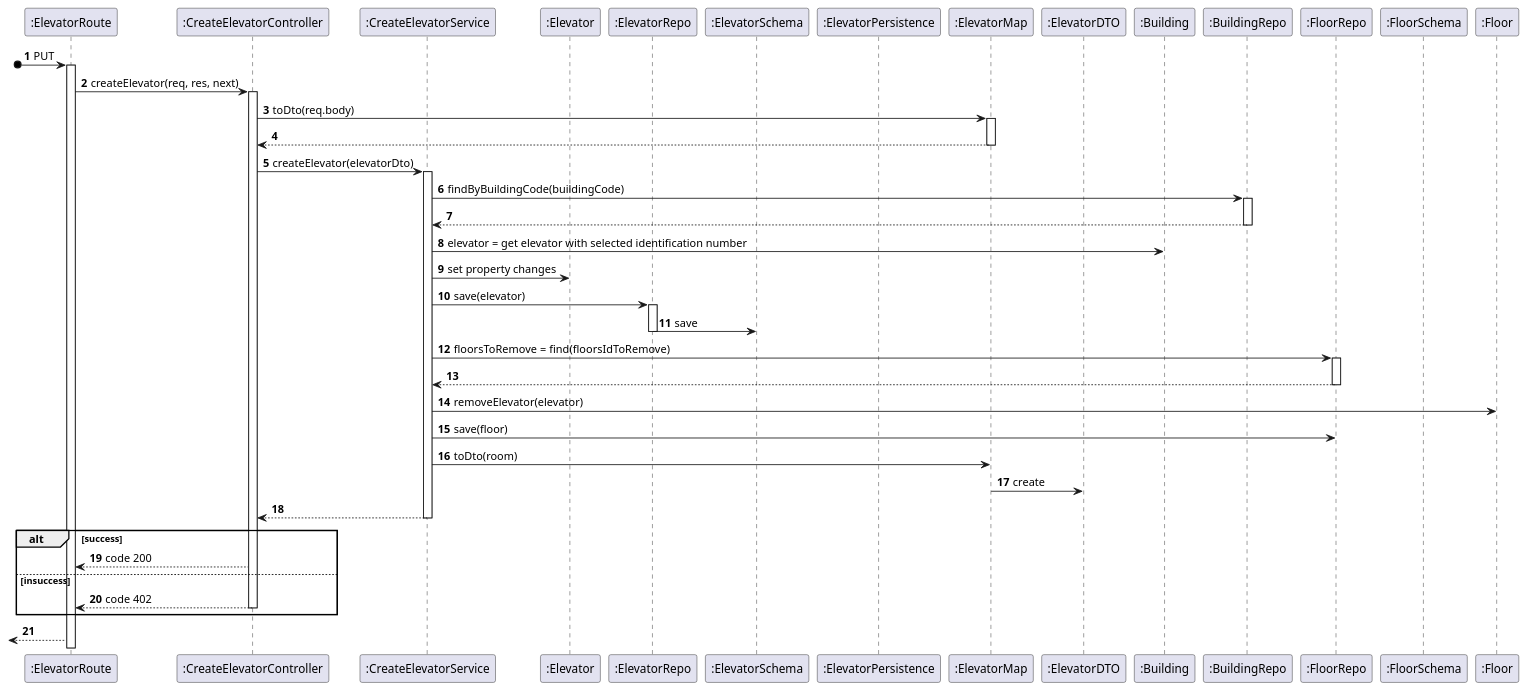
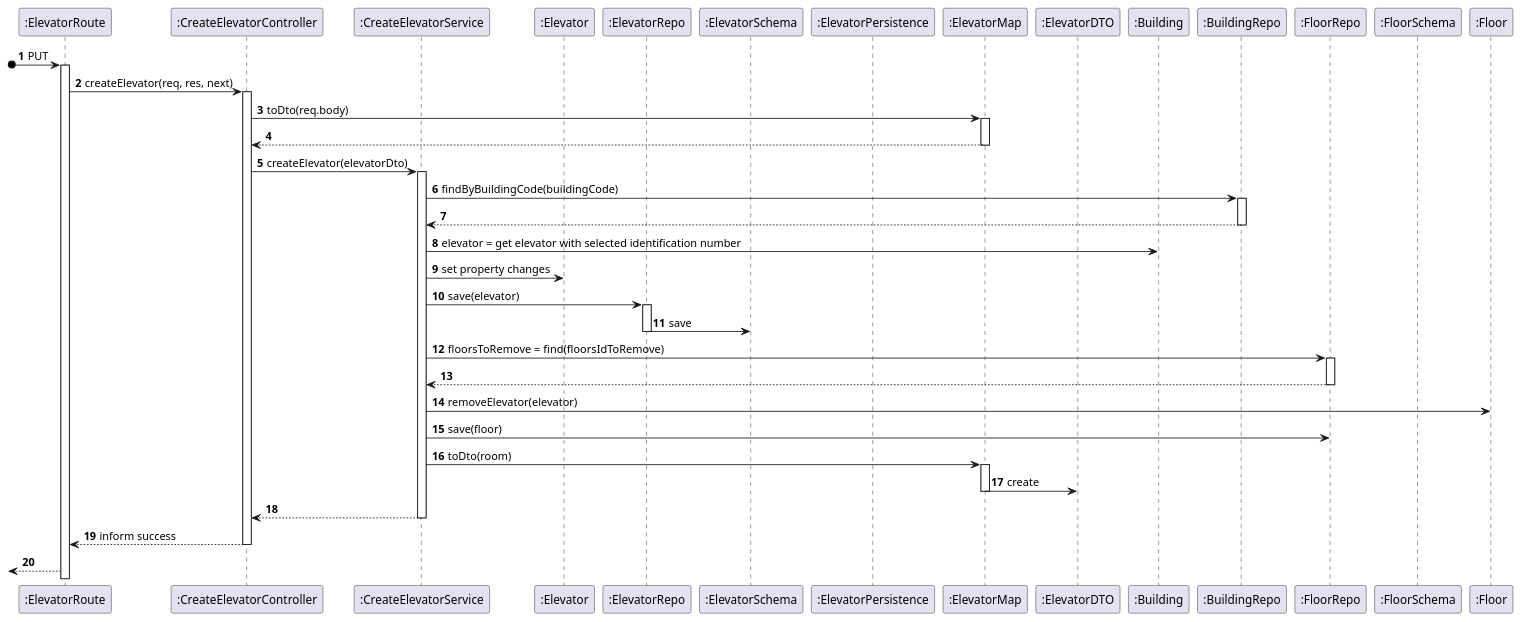
The diagram in docs/US_270/Diagrams/Level3/SequenceDiagramLevel3.puml (Pedro-Pereira1/sem5pi_23_24_g056), drawn with PlantUML before and after one commit. The commit also changed 1 other file, not shown here.

```diff
--- a/docs/US_270/Diagrams/Level3/SequenceDiagramLevel3.puml
+++ b/docs/US_270/Diagrams/Level3/SequenceDiagramLevel3.puml
@@ -1,80 +1,78 @@
 @startuml
 
 autonumber
 
 participant ":ElevatorRoute" as Route
 participant ":CreateElevatorController" as Controller
 participant ":CreateElevatorService" as Service
 participant ":Elevator" as Elevator
 participant ":ElevatorRepo" as Repo
 participant ":ElevatorSchema" as Schema
 participant ":ElevatorPersistence" as Persistence
 participant ":ElevatorMap" as Map
 participant ":ElevatorDTO" as DTO
 participant ":Building" as Building
 participant ":BuildingRepo" as BuildingRepo
 participant ":FloorRepo" as FloorRepo
 participant ":FloorSchema" as FloorSchema
 participant ":Floor" as Floor
 
 
 ?o->Route: PUT
 activate Route
 
 Route -> Controller: createElevator(req, res, next)
 activate Controller
 
 Controller -> Map: toDto(req.body)
 activate Map
 
 Controller <-- Map
 deactivate Map
 
 
 Controller -> Service: createElevator(elevatorDto)
 activate Service
 
 Service -> BuildingRepo: findByBuildingCode(buildingCode)
 activate BuildingRepo
 Service <-- BuildingRepo
 deactivate BuildingRepo
 
 Service -> Building: elevator = get elevator with selected identification number
 
 Service -> Elevator: set property changes
 
 Service -> Repo: save(elevator)
 activate Repo
 
 Repo -> Schema: save
 deactivate Repo
 
 Service -> FloorRepo: floorsToRemove = find(floorsIdToRemove)
 activate FloorRepo
 Service <-- FloorRepo
 deactivate FloorRepo
 
 Service -> Floor: removeElevator(elevator)
 Service -> FloorRepo: save(floor)
 
 deactivate FloorRepo
 
 Service -> Map:toDto(room)
-
+activate Map
 Map -> DTO: create
 deactivate Map
 
 Service --> Controller:
 deactivate Service
 
-alt success
-Controller --> Route: code 200
-else insuccess
-Controller --> Route: code 402
+
+Controller --> Route: inform success
 deactivate Controller
-end alt
+
 <--Route:
 
 
 
 @enduml
```
